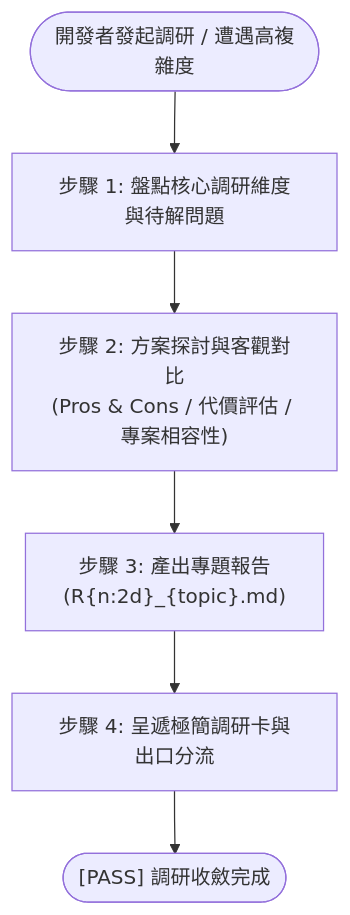
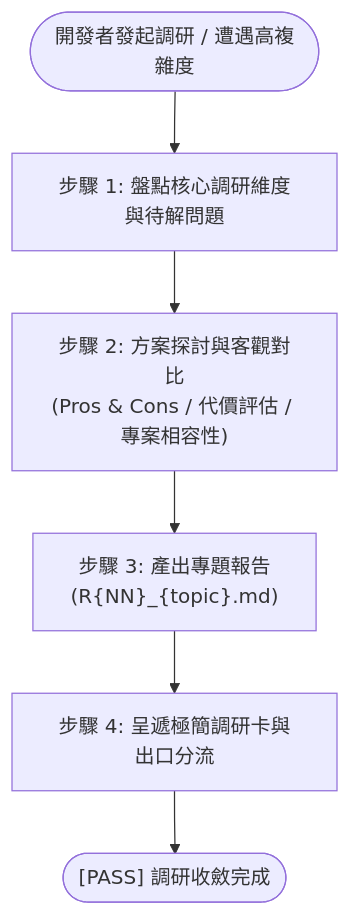
The diagram in ys_codebase/source/agents-workflow/assets/skills/research/SKILL.md (ysnaive/ys-codebase), drawn with Mermaid before and after one commit. The commit also changed other lines of this file and 87 other files, not shown here.

````diff
--- a/ys_codebase/source/agents-workflow/assets/skills/research/SKILL.md
+++ b/ys_codebase/source/agents-workflow/assets/skills/research/SKILL.md
@@ -25,8 +25,8 @@
 ```mermaid
 flowchart TD
     Start(["開發者發起調研 / 遭遇高複雜度"]) --> Step1["步驟 1: 盤點核心調研維度與待解問題"]
     Step1 --> Step2["步驟 2: 方案探討與客觀對比<br/>(Pros & Cons / 代價評估 / 專案相容性)"]
-    Step2 --> Step3["步驟 3: 產出專題報告<br/>(R{n:2d}_{topic}.md)"]
+    Step2 --> Step3["步驟 3: 產出專題報告<br/>(R{NN}_{topic}.md)"]
     Step3 --> Step4["步驟 4: 呈遞極簡調研卡與出口分流"]
     Step4 --> Done(["[PASS] 調研收斂完成"])
 ```
````
